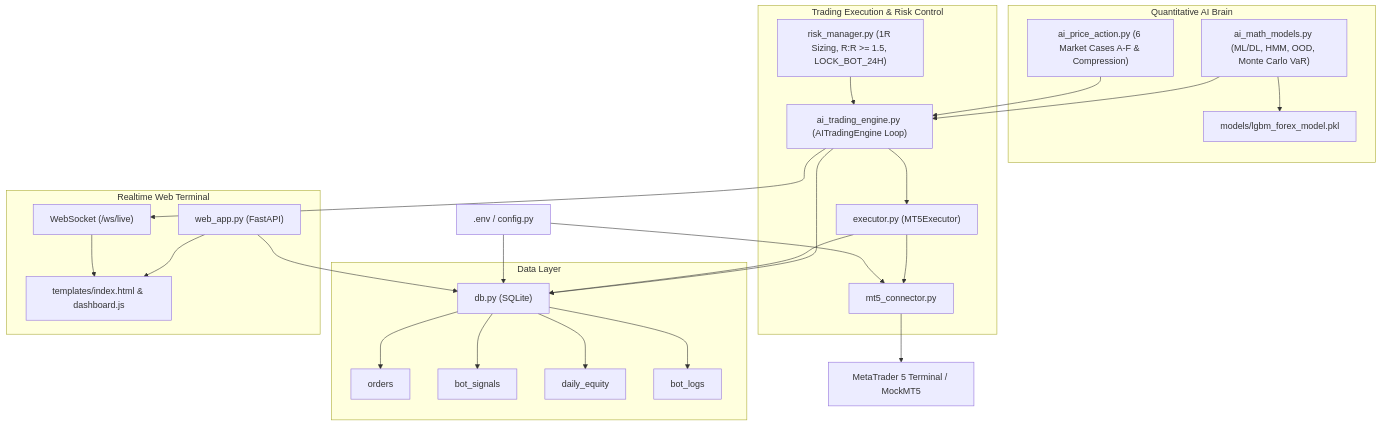
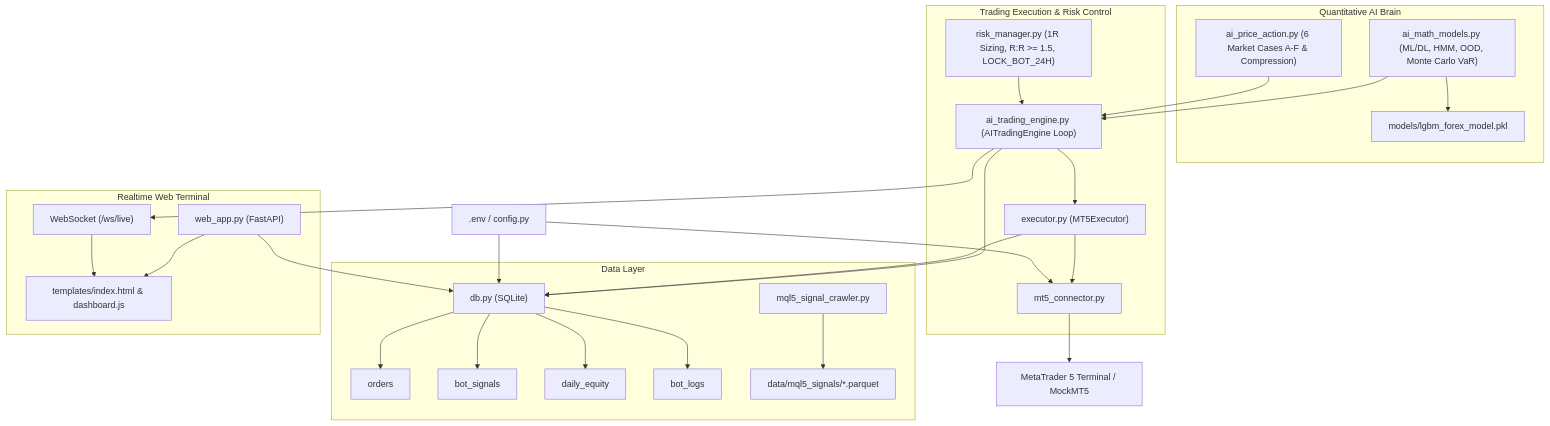
Before and after one commit to Giangha00/ai-earning: the diagram in .ai/02_architecture_map.md, drawn with Mermaid. The commit also changed 17 other files, not shown here.

````diff
--- a/.ai/02_architecture_map.md
+++ b/.ai/02_architecture_map.md
@@ -3,45 +3,46 @@
 ```mermaid
 graph TD
     ENV[".env / config.py"] --> DB["db.py (SQLite)"]
     ENV --> MT5C["mt5_connector.py"]
     MT5C --> MT5_TERM["MetaTrader 5 Terminal / MockMT5"]
     
     subgraph Data Layer
         DB --> T1["orders"]
         DB --> T2["bot_signals"]
         DB --> T3["daily_equity"]
         DB --> T4["bot_logs"]
+        MQL5["mql5_signal_crawler.py"] --> MQL5_DATA["data/mql5_signals/*.parquet"]
     end
 
     subgraph Quantitative AI Brain
         PA["ai_price_action.py (6 Market Cases A-F & Compression)"]
         MATH["ai_math_models.py (ML/DL, HMM, OOD, Monte Carlo VaR)"]
         MODEL["models/lgbm_forex_model.pkl"]
         MATH --> MODEL
     end
 
     subgraph Trading Execution & Risk Control
         RISK["risk_manager.py (1R Sizing, R:R >= 1.5, LOCK_BOT_24H)"]
         EXEC["executor.py (MT5Executor)"]
         ENGINE["ai_trading_engine.py (AITradingEngine Loop)"]
         
         PA --> ENGINE
         MATH --> ENGINE
         RISK --> ENGINE
         ENGINE --> EXEC
         EXEC --> MT5C
         EXEC --> DB
         ENGINE --> DB
     end
 
     subgraph Realtime Web Terminal
         WEB["web_app.py (FastAPI)"]
         WS["WebSocket (/ws/live)"]
         UI["templates/index.html & dashboard.js"]
         
         ENGINE --> WS
         WS --> UI
         WEB --> UI
         WEB --> DB
     end
 ```
````
